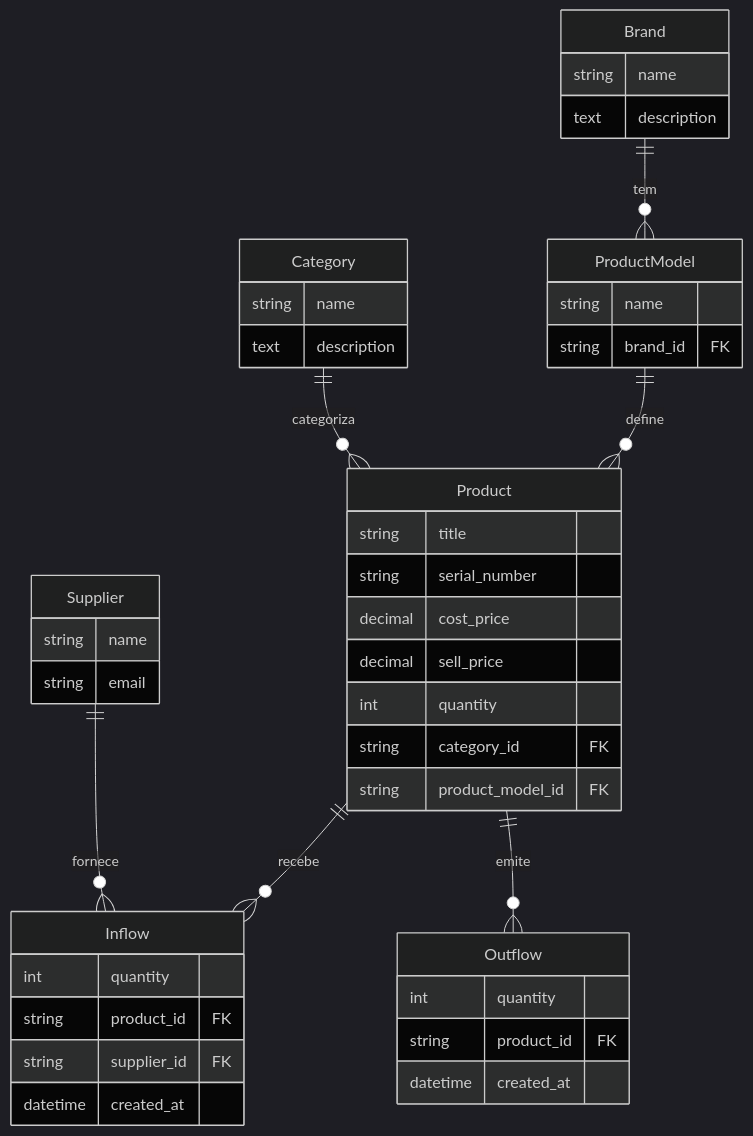
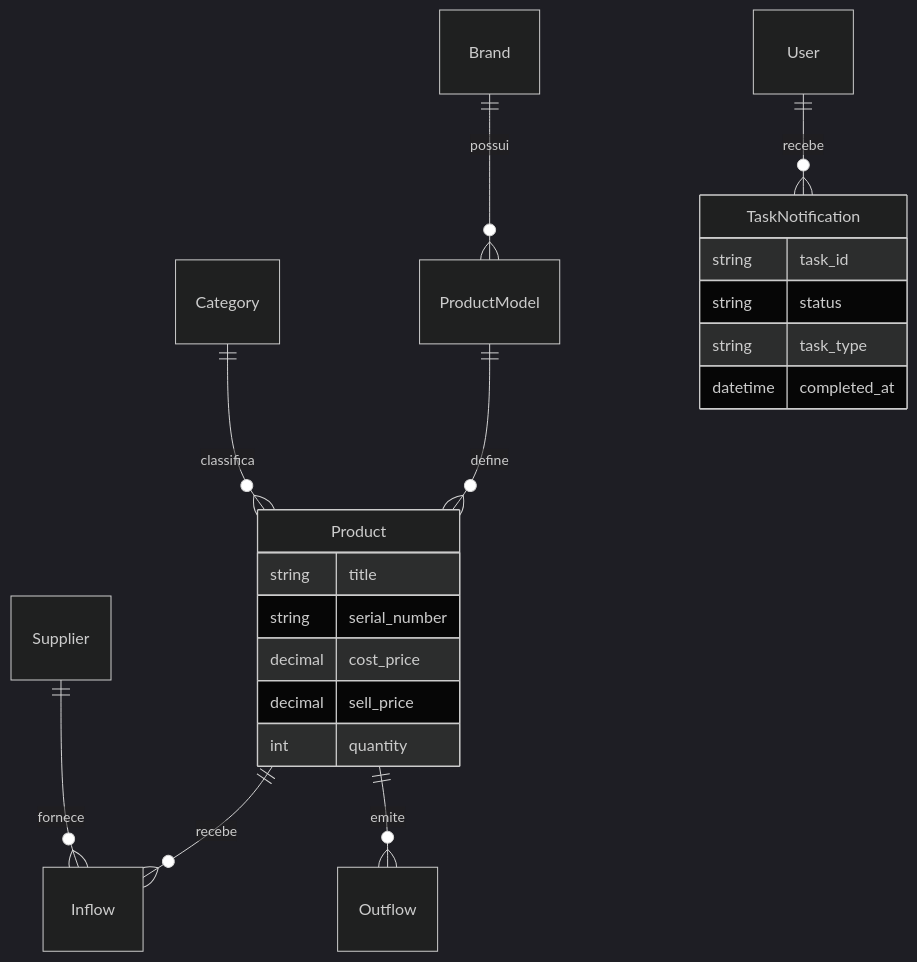
Before and after one commit to cllmenate/inventory-management-django-sistem: the third of 6 diagrams in docs/architecture.md, drawn with Mermaid (dark theme). The commit also changed other lines of this file and 31 other files, not shown here.

````diff
--- a/docs/architecture.md
+++ b/docs/architecture.md
@@ -24,52 +83,25 @@
 ```mermaid
 erDiagram
-    Brand ||--o{ ProductModel : "tem"
-    ProductModel ||--o{ Product : "define"
-    Category ||--o{ Product : "categoriza"
     Product ||--o{ Inflow : "recebe"
     Product ||--o{ Outflow : "emite"
+    Brand ||--o{ ProductModel : "possui"
+    ProductModel ||--o{ Product : "define"
+    Category ||--o{ Product : "classifica"
     Supplier ||--o{ Inflow : "fornece"
-
-    Brand {
-        string name
-        text description
-    }
-
-    Category {
-        string name
-        text description
-    }
-
-    ProductModel {
-        string name
-        string brand_id FK
-    }
+    User ||--o{ TaskNotification : "recebe"
 
     Product {
         string title
         string serial_number
         decimal cost_price
         decimal sell_price
         int quantity
-        string category_id FK
-        string product_model_id FK
     }
-
-    Supplier {
-        string name
-        string email
-    }
-
-    Inflow {
-        int quantity
-        string product_id FK
-        string supplier_id FK
-        datetime created_at
-    }
-
-    Outflow {
-        int quantity
-        string product_id FK
-        datetime created_at
+    
+    TaskNotification {
+        string task_id
+        string status
+        string task_type
+        datetime completed_at
     }
 ```
````
